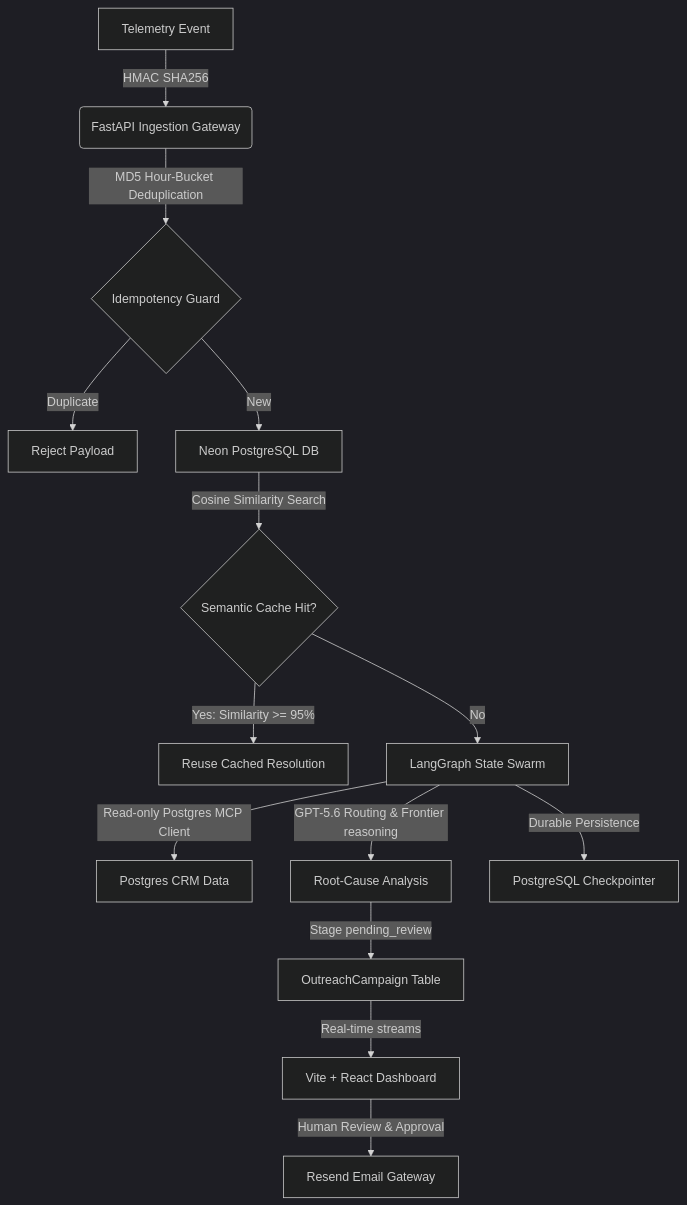
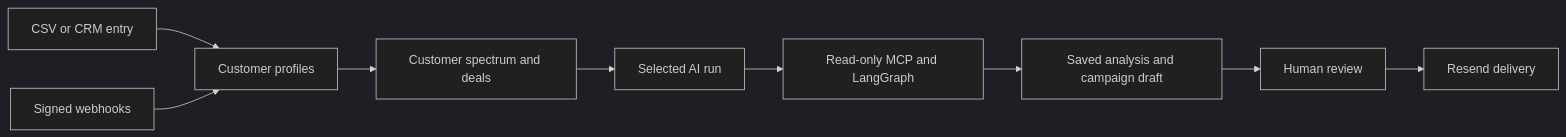
The diagram in README.md (avi-sh712/TFCRM), drawn with Mermaid (dark theme) before and after one commit. The commit also changed other lines of this file and 58 other files, not shown here.

````diff
--- a/README.md
+++ b/README.md
@@ -9,18 +258,11 @@
 ```mermaid
-graph TD
-    A[Telemetry Event] -->|HMAC SHA256| B(FastAPI Ingestion Gateway)
-    B -->|MD5 Hour-Bucket Deduplication| C{Idempotency Guard}
-    C -->|Duplicate| D[Reject Payload]
-    C -->|New| E[Neon PostgreSQL DB]
-    E -->|Cosine Similarity Search| F{Semantic Cache Hit?}
-    F -->|Yes: Similarity >= 95%| G[Reuse Cached Resolution]
-    F -->|No| H[LangGraph State Swarm]
-    
-    H -->|Read-only Postgres MCP Client| I[Postgres CRM Data]
-    H -->|GPT-5.6 Routing & Frontier reasoning| J[Root-Cause Analysis]
-    H -->|Durable Persistence| K[PostgreSQL Checkpointer]
-    
-    J -->|Stage pending_review| L[OutreachCampaign Table]
-    L -->|Real-time streams| M[Vite + React Dashboard]
-    M -->|Human Review & Approval| N[Resend Email Gateway]
+flowchart LR
+    A[CSV or CRM entry] --> C[Customer profiles]
+    B[Signed webhooks] --> C
+    C --> D[Customer spectrum and deals]
+    D --> E[Selected AI run]
+    E --> F[Read-only MCP and LangGraph]
+    F --> G[Saved analysis and campaign draft]
+    G --> H[Human review]
+    H --> I[Resend delivery]
 ```
````
